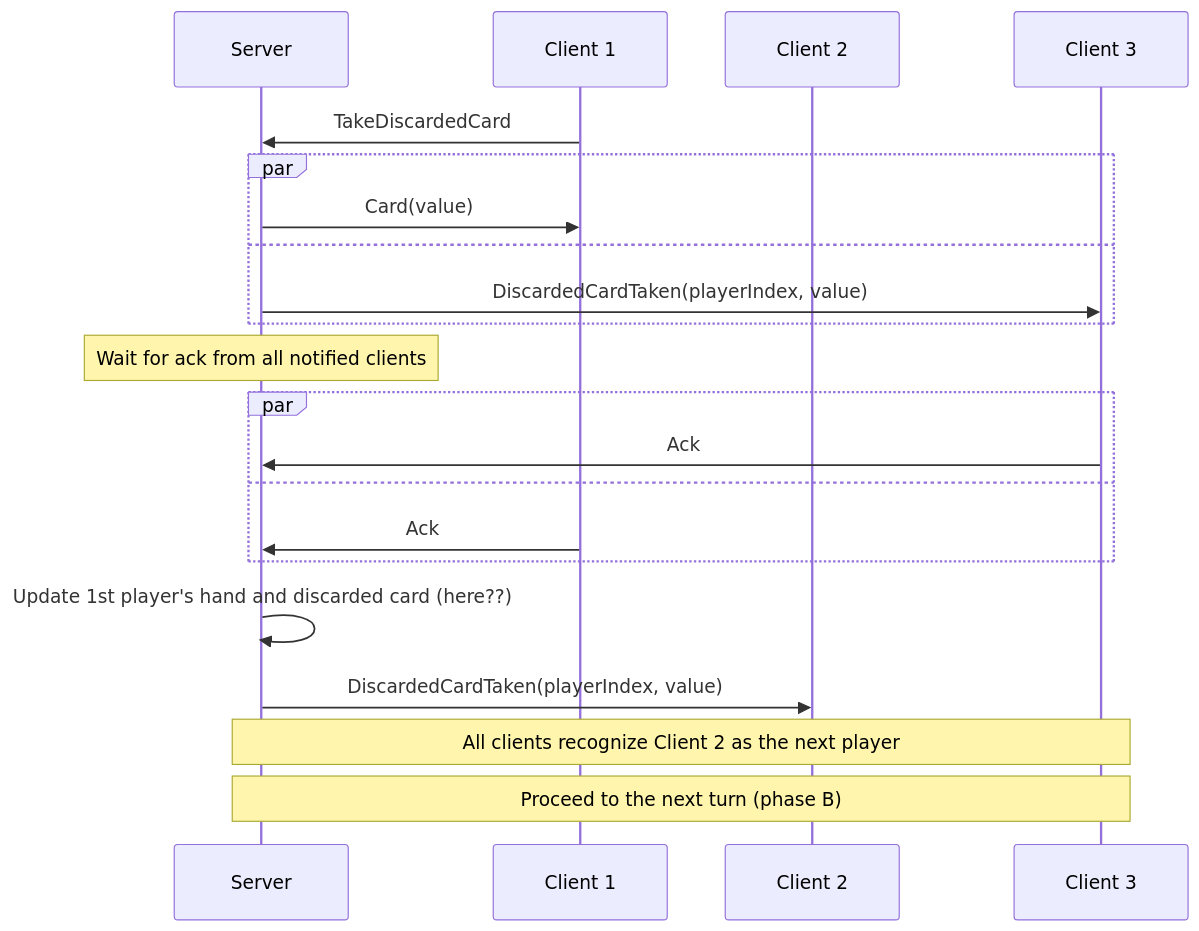
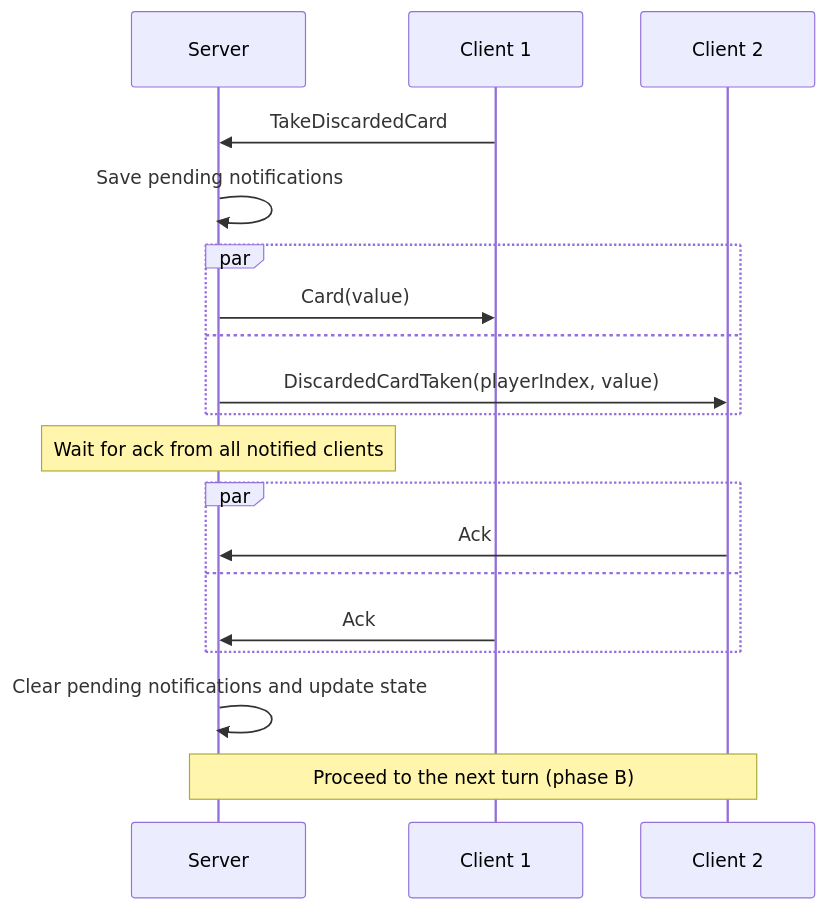
One commit to roman-zubarevich/another changed diagram 14 of 14 in README.md. Above: the diagram before and after it, drawn with Mermaid. The commit also changed other lines of this file, not shown here.

````diff
--- a/README.md
+++ b/README.md
@@ -377,23 +373,21 @@
 ```mermaid
 sequenceDiagram
     participant S as Server
     participant C1 as Client 1
     participant C2 as Client 2
-    participant C3 as Client 3
     C1->>S: TakeDiscardedCard
+    S->>S: Save pending notifications
     par
         S->>C1: Card(value)
     and
-        S->>C3: DiscardedCardTaken(playerIndex, value)
+        S->>C2: DiscardedCardTaken(playerIndex, value)
     end
     Note over S: Wait for ack from all notified clients
     par
-        C3->>S: Ack
+        C2->>S: Ack
     and
         C1->>S: Ack
     end
-    S->>S: Update 1st player's hand and discarded card (here??)
-    S->>C2: DiscardedCardTaken(playerIndex, value)
-    Note over S,C3: All clients recognize Client 2 as the next player
-    Note over S,C3: Proceed to the next turn (phase B)
+    S->>S: Clear pending notifications and update state
+    Note over S,C2: Proceed to the next turn (phase B)
 ```
````
